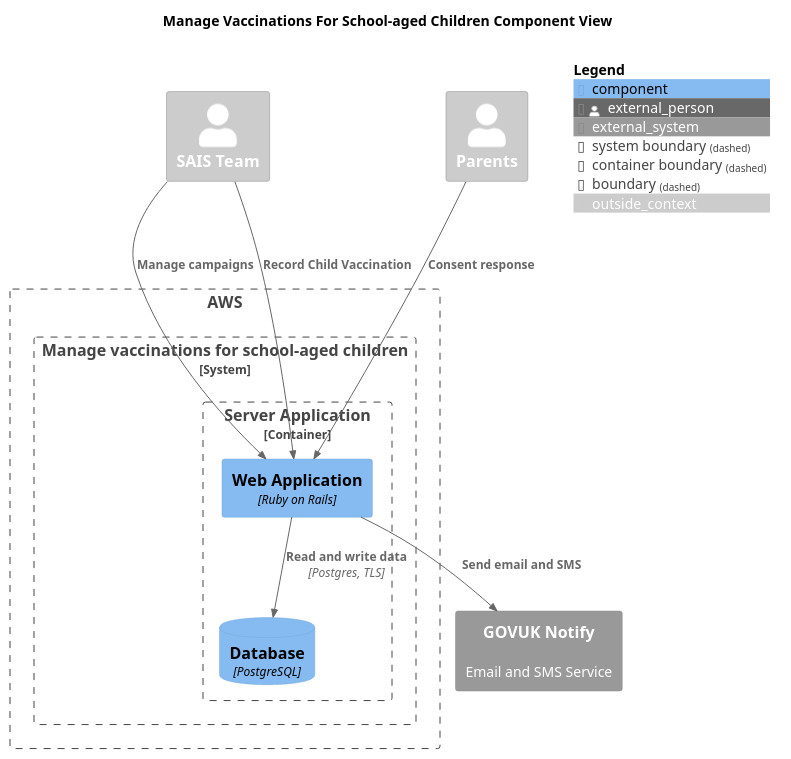
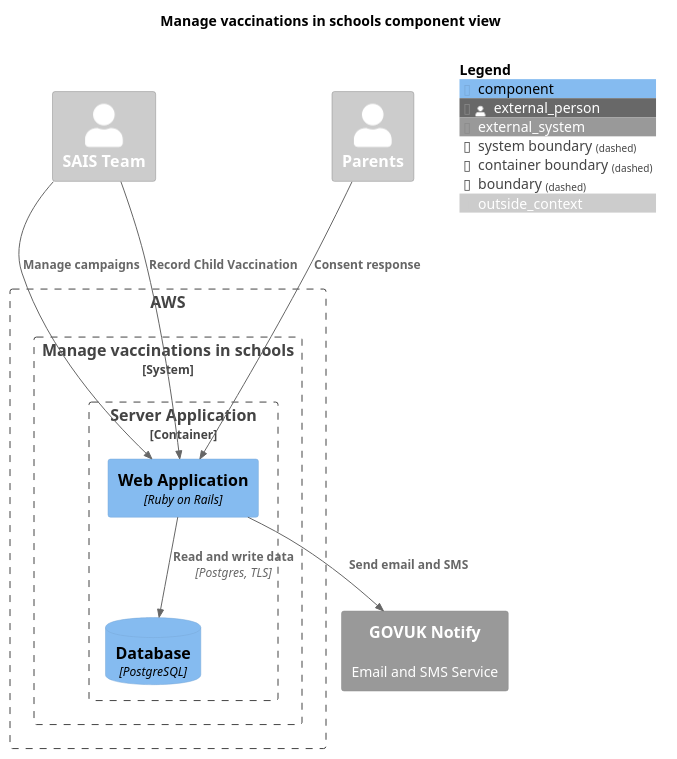
Before and after one commit to nhsuk/manage-vaccinations-in-schools: the diagram in docs/diagrams/component-view.puml, drawn with PlantUML. The commit also changed 20 other files, not shown here.

```diff
--- a/docs/diagrams/component-view.puml
+++ b/docs/diagrams/component-view.puml
@@ -1,36 +1,36 @@
 @startuml
 
 !include <C4/C4_Component.puml>
 
 LAYOUT_TOP_DOWN()
 
-title "Manage Vaccinations For School-aged Children Component View"
+title "Manage vaccinations in schools component view"
 
 AddElementTag("outside_context", $bgColor="#CCC", $fontColor="#FFF")
 
 Person_Ext(sais, "SAIS Team", $tags="outside_context")
 Person_Ext(parents, "Parents", $tags="outside_context")
 
 Boundary(aws, "AWS") {
-  System_Boundary(manage, "Manage vaccinations for school-aged children", "") {
+  System_Boundary(manage, "Manage vaccinations in schools", "") {
     Container_Boundary(server, "Server Application", "Ruby on Rails") {
       Component(webapp, "Web Application", "Ruby on Rails")
       ComponentDb(database, "Database", "PostgreSQL")
     }
   }
 }
 System_Ext(govukNotify, "GOVUK Notify", "Email and SMS Service")
 
 
 AddRelTag("optional", $textColor="black", $lineColor="black", $lineStyle="dashed")
 
 Rel(sais, webapp, "Manage campaigns")
 Rel(sais, webapp, "Record Child Vaccination")
 Rel(parents, webapp, "Consent response")
 Rel(webapp, database, "Read and write data", "Postgres, TLS")
 Rel(webapp, govukNotify, "Send email and SMS")
 
 
 SHOW_FLOATING_LEGEND()
 
 @enduml
```
